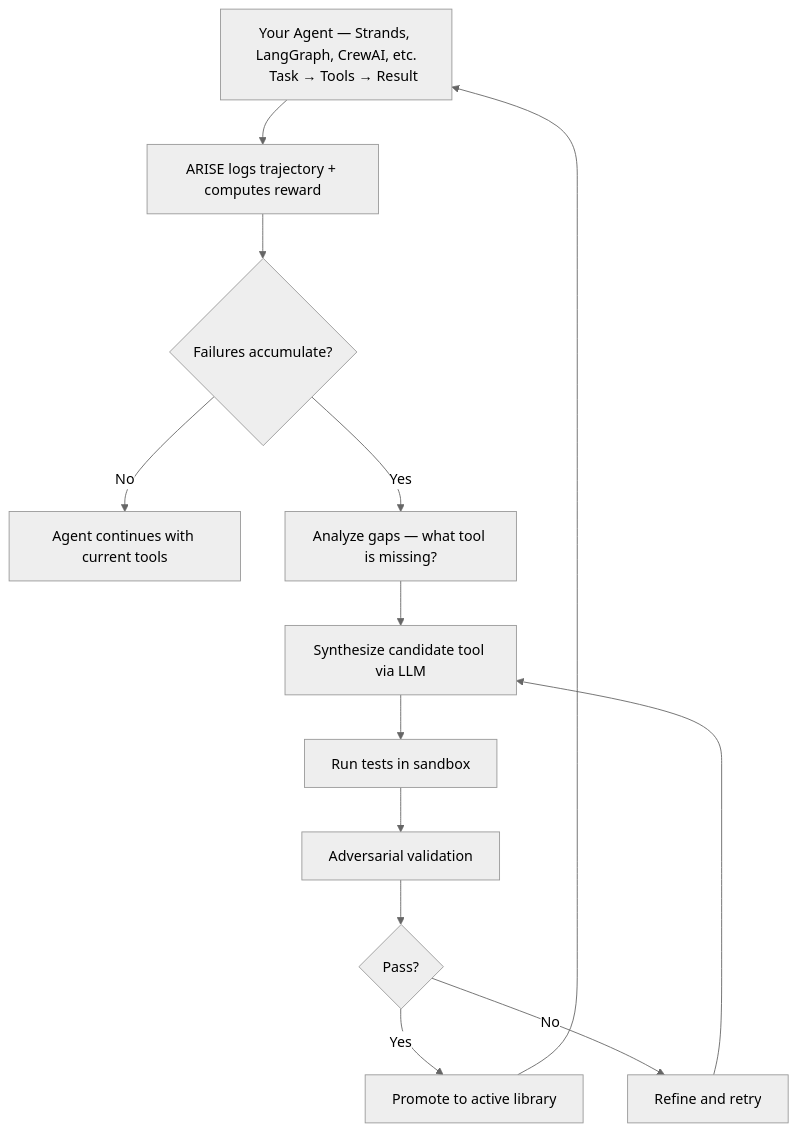
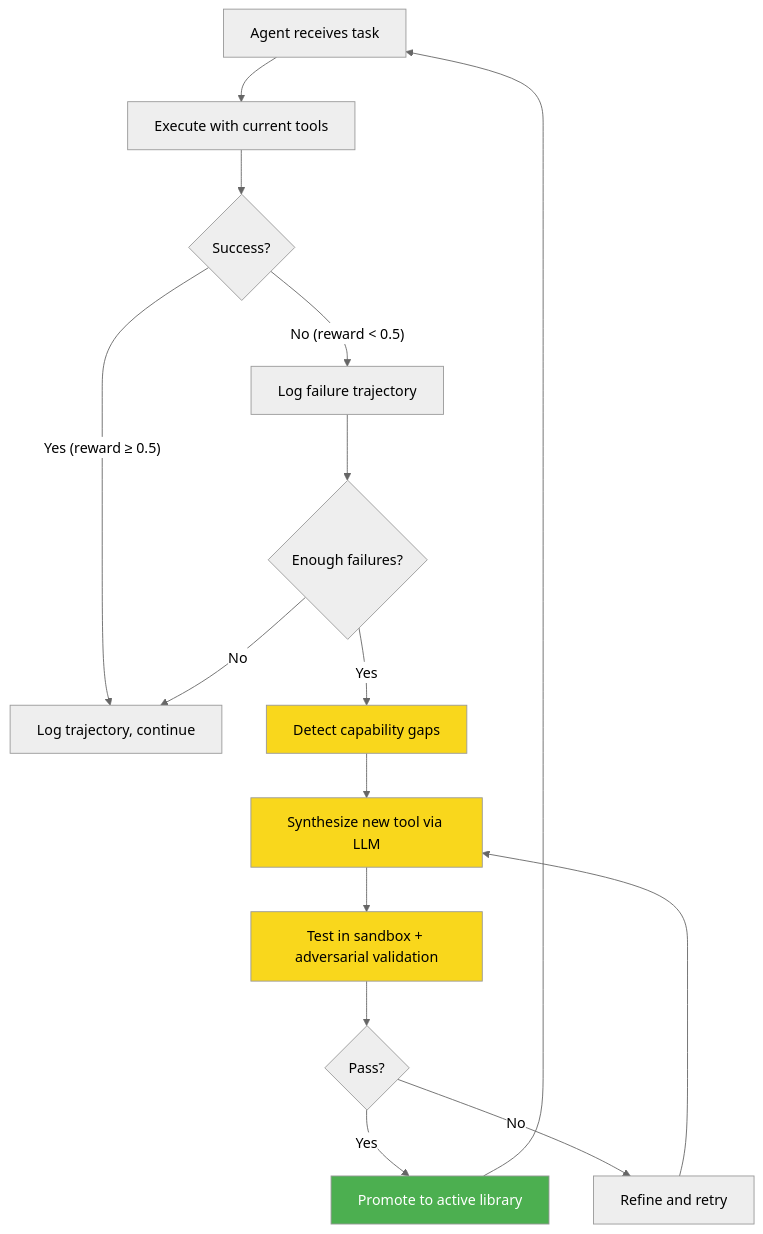
The first of 2 diagrams in README.md (pchaganti/ax-arise), drawn with Mermaid (neutral theme) before and after one commit. The commit also changed other lines of this file, not shown here.

Commit message:
docs: rewrite README with cleaner structure and better diagrams

````diff
--- a/README.md
+++ b/README.md
@@ -44,16 +33,22 @@
 ```mermaid
 flowchart TD
-    A["Your Agent — Strands, LangGraph, CrewAI, etc.
-    Task → Tools → Result"] --> B["ARISE logs trajectory + computes reward"]
-    B --> C{Failures accumulate?}
-    C -- No --> D[Agent continues with current tools]
-    C -- Yes --> E["Analyze gaps — what tool is missing?"]
-    E --> F[Synthesize candidate tool via LLM]
-    F --> G[Run tests in sandbox]
-    G --> H[Adversarial validation]
-    H --> I{Pass?}
-    I -- Yes --> J[Promote to active library]
-    I -- No --> K[Refine and retry]
-    K --> F
-    J --> A
+    A["Agent receives task"] --> B["Execute with current tools"]
+    B --> C{"Success?"}
+    C -- "Yes (reward ≥ 0.5)" --> D["Log trajectory, continue"]
+    C -- "No (reward < 0.5)" --> E["Log failure trajectory"]
+    E --> F{"Enough failures?"}
+    F -- No --> D
+    F -- Yes --> G["Detect capability gaps"]
+    G --> H["Synthesize new tool via LLM"]
+    H --> I["Test in sandbox + adversarial validation"]
+    I --> J{"Pass?"}
+    J -- Yes --> K["Promote to active library"]
+    J -- No --> L["Refine and retry"]
+    L --> H
+    K --> A
+
+    style G fill:#f9d71c,color:#000
+    style H fill:#f9d71c,color:#000
+    style I fill:#f9d71c,color:#000
+    style K fill:#4caf50,color:#fff
 ```
````
